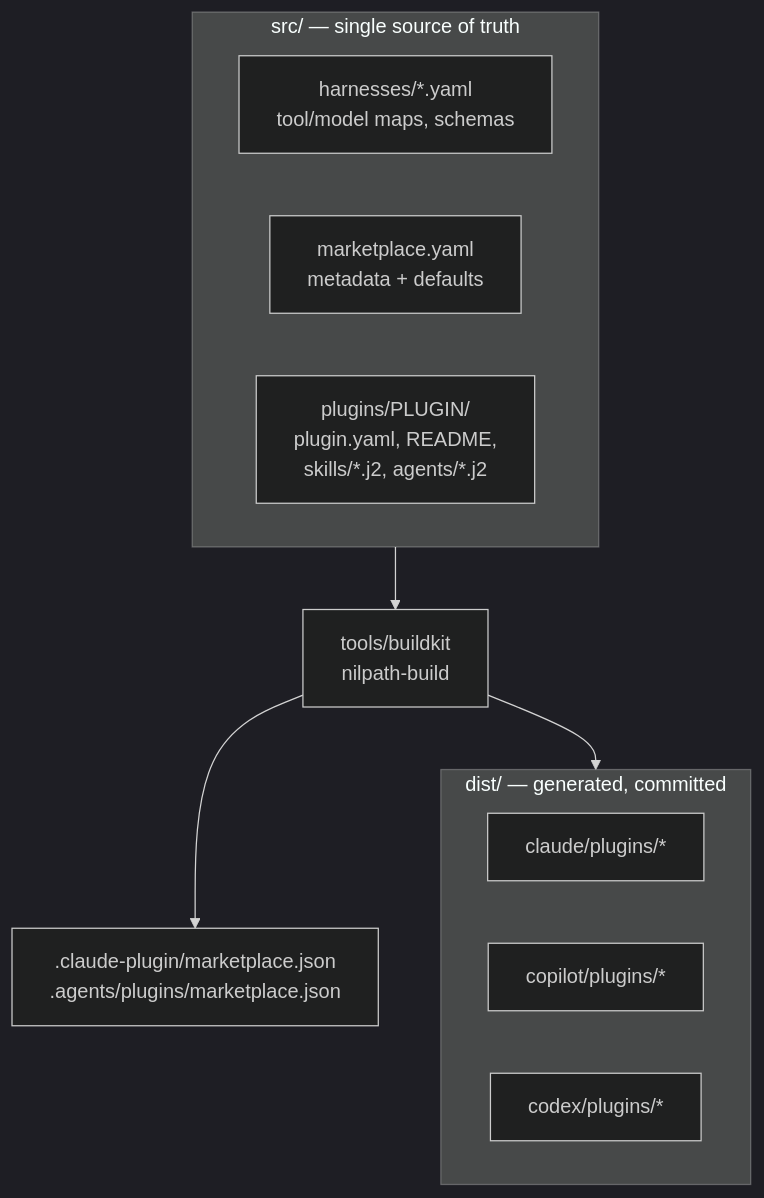
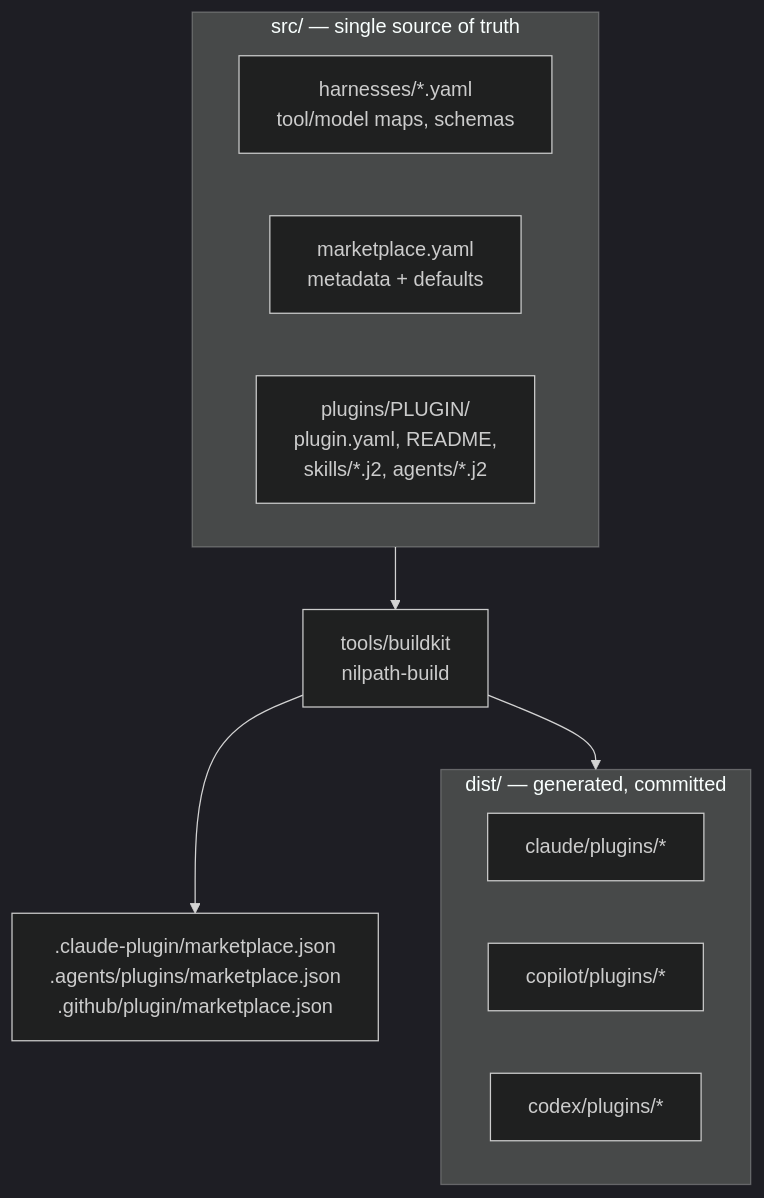
One commit to nilpath/nilpath-marketplace changed the diagram in CLAUDE.md. Above: the diagram before and after it, drawn with Mermaid (dark theme). The commit also changed other lines of this file and 8 other files, not shown here.

First line of the commit message:
fix: generate .github/plugin/marketplace.json for VS Code Copilot discovery (#36)

````diff
--- a/CLAUDE.md
+++ b/CLAUDE.md
@@ -16,21 +16,21 @@
 ```mermaid
 flowchart TD
     subgraph SRC[src/ — single source of truth]
         HARNESS[harnesses/*.yaml<br/>tool/model maps, schemas]
         MKT[marketplace.yaml<br/>metadata + defaults]
         PLUGINS[plugins/PLUGIN/<br/>plugin.yaml, README,<br/>skills/*.j2, agents/*.j2]
     end
 
     BUILD[tools/buildkit<br/>nilpath-build]
 
     subgraph DIST[dist/ — generated, committed]
         CLAUDE[claude/plugins/*]
         COPILOT[copilot/plugins/*]
         CODEX[codex/plugins/*]
     end
 
-    REG[.claude-plugin/marketplace.json<br/>.agents/plugins/marketplace.json]
+    REG[.claude-plugin/marketplace.json<br/>.agents/plugins/marketplace.json<br/>.github/plugin/marketplace.json]
 
     SRC --> BUILD --> DIST
     BUILD --> REG
 ```
````
